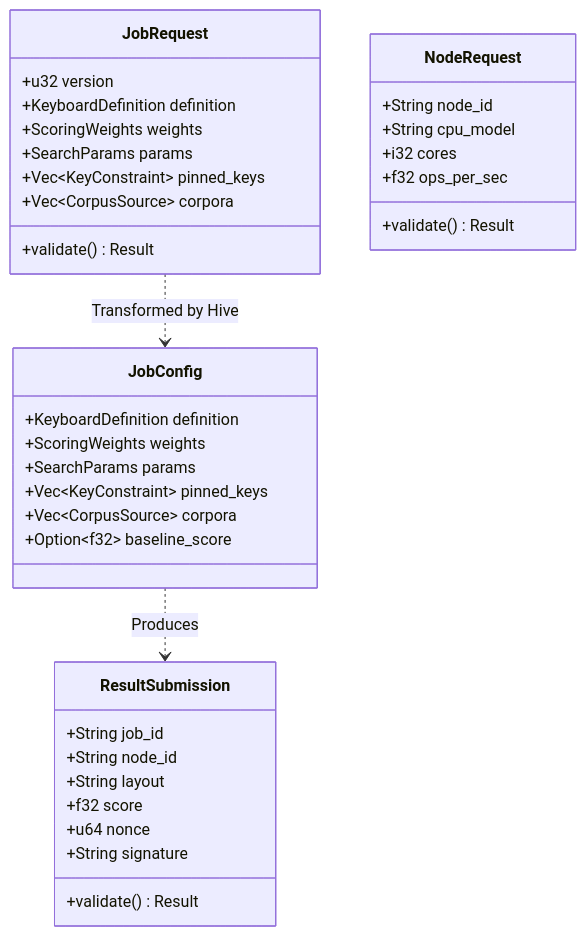
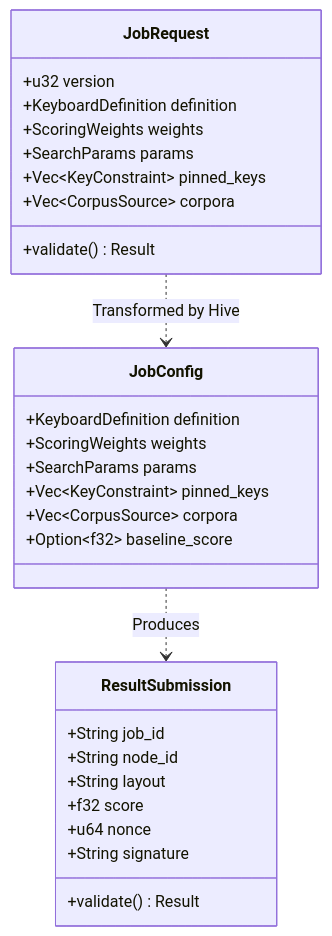
Before and after one commit to infodungeon/keyforge: the diagram in docs/design/keyforge-protocol/README.md, drawn with Mermaid. The commit also changed other lines of this file and 51 other files, not shown here.

````diff
--- a/docs/design/keyforge-protocol/README.md
+++ b/docs/design/keyforge-protocol/README.md
@@ -15,46 +15,38 @@
 ```mermaid
 classDiagram
     %% --- Client -> Server ---
     class JobRequest {
         +u32 version
         +KeyboardDefinition definition
         +ScoringWeights weights
         +SearchParams params
         +Vec~KeyConstraint~ pinned_keys
         +Vec~CorpusSource~ corpora
         +validate() Result
     }
 
     %% --- Server -> Worker ---
     class JobConfig {
         +KeyboardDefinition definition
         +ScoringWeights weights
         +SearchParams params
         +Vec~KeyConstraint~ pinned_keys
         +Vec~CorpusSource~ corpora
         +Option~f32~ baseline_score
     }
 
     %% --- Worker -> Server ---
     class ResultSubmission {
         +String job_id
         +String node_id
         +String layout
         +f32 score
         +u64 nonce
         +String signature
         +validate() Result
     }
 
-    class NodeRequest {
-        +String node_id
-        +String cpu_model
-        +i32 cores
-        +f32 ops_per_sec
-        +validate() Result
-    }
-
     %% --- Relationships ---
     JobRequest ..> JobConfig : Transformed by Hive
     JobConfig ..> ResultSubmission : Produces
 ```
````
